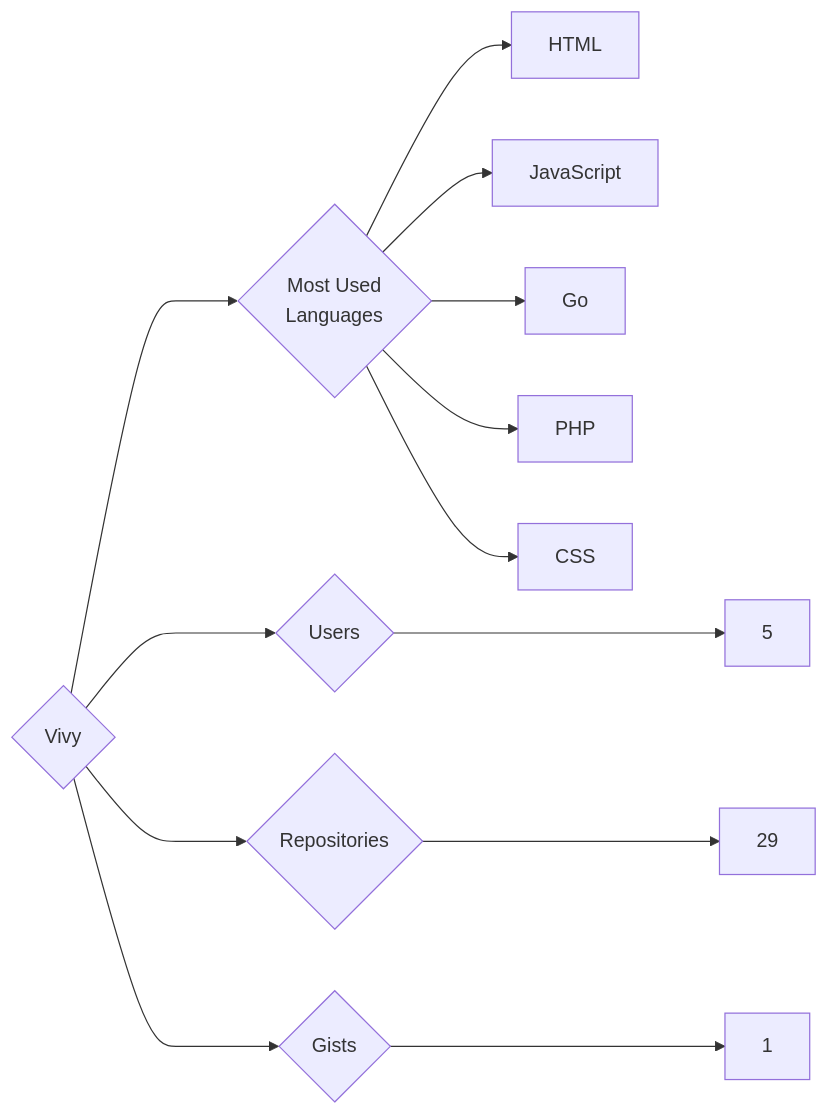
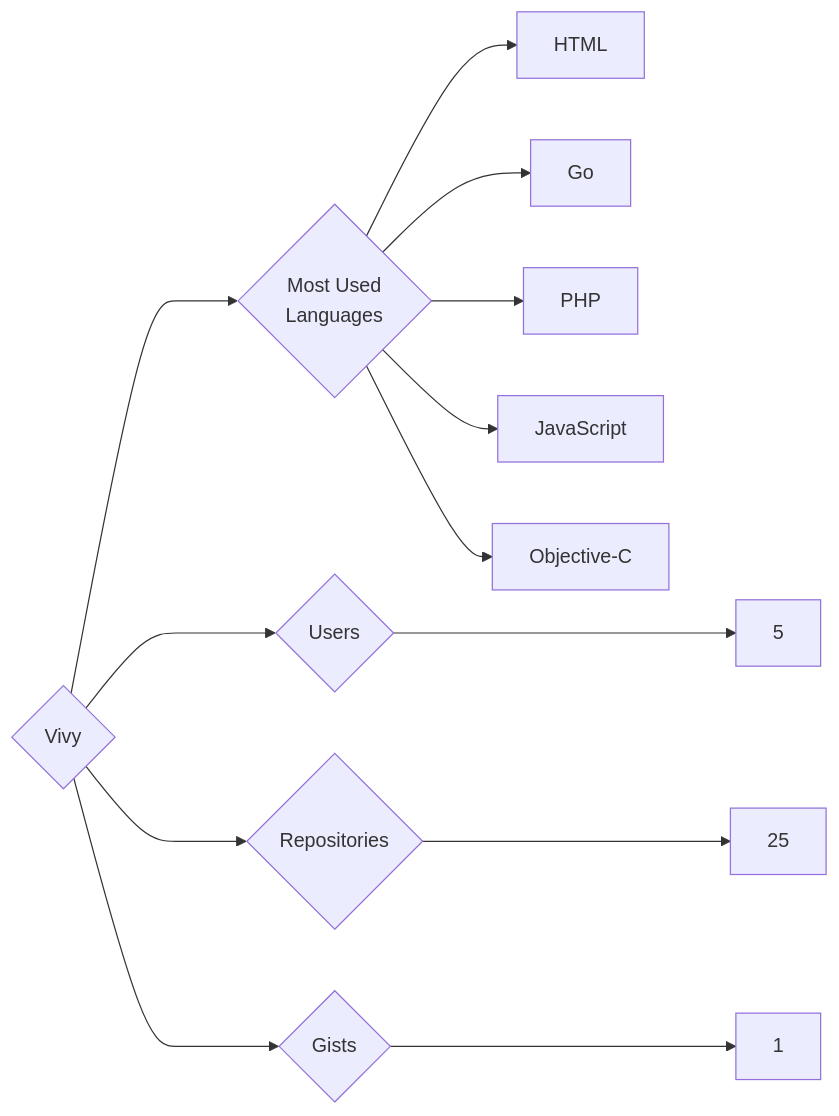
The diagram in targets/Vivy/README.md (trickest/insiders), drawn with Mermaid before and after one commit. The commit also changed 797 other files, not shown here.

````diff
--- a/targets/Vivy/README.md
+++ b/targets/Vivy/README.md
@@ -3,13 +3,13 @@
 ```mermaid
 graph LR
 COMPANY_NAME{Vivy}
 COMPANY_NAME ---> U{Users} ---> UN[5]
-COMPANY_NAME ---> R{Repositories} ---> RN[29]
+COMPANY_NAME ---> R{Repositories} ---> RN[25]
 COMPANY_NAME ---> G{Gists} ---> GN[1]
 COMPANY_NAME ---> ML{Most Used<br>Languages}
 ML --> HTML[HTML]
-ML --> JavaScript[JavaScript]
 ML --> Go[Go]
 ML --> PHP[PHP]
-ML --> CSS[CSS]
+ML --> JavaScript[JavaScript]
+ML --> Objective-C[Objective-C]
 ```
````
